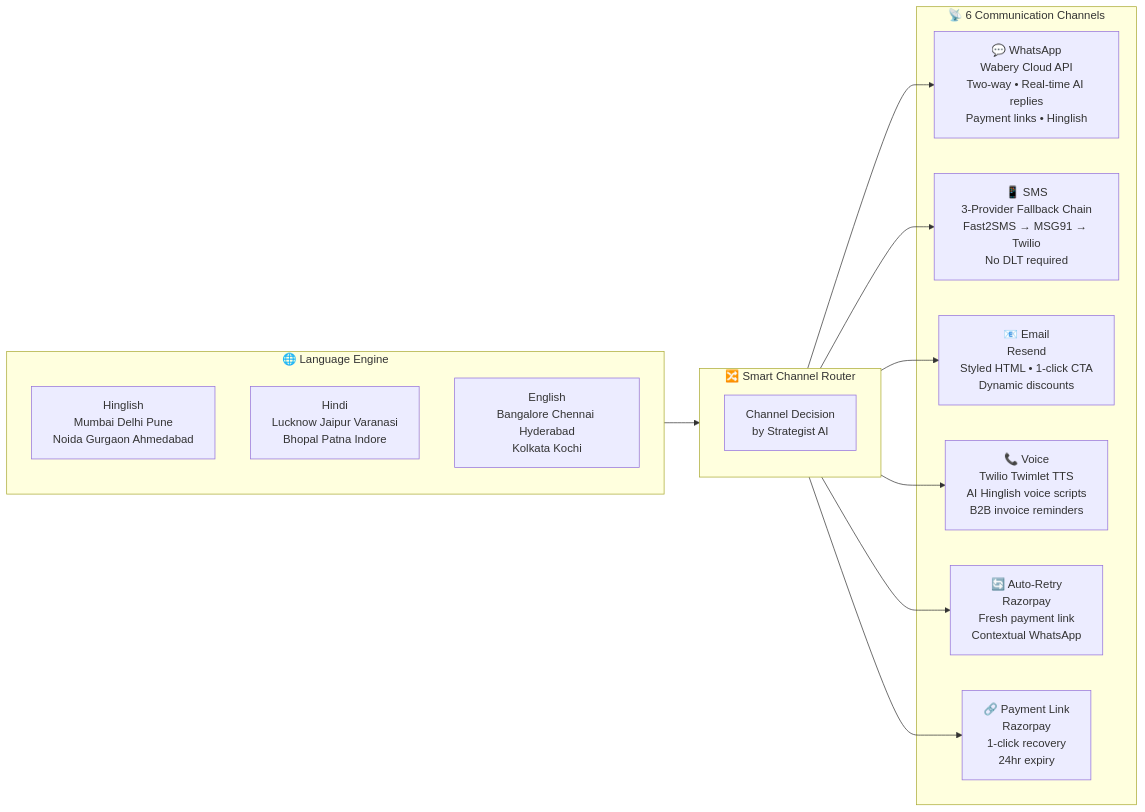
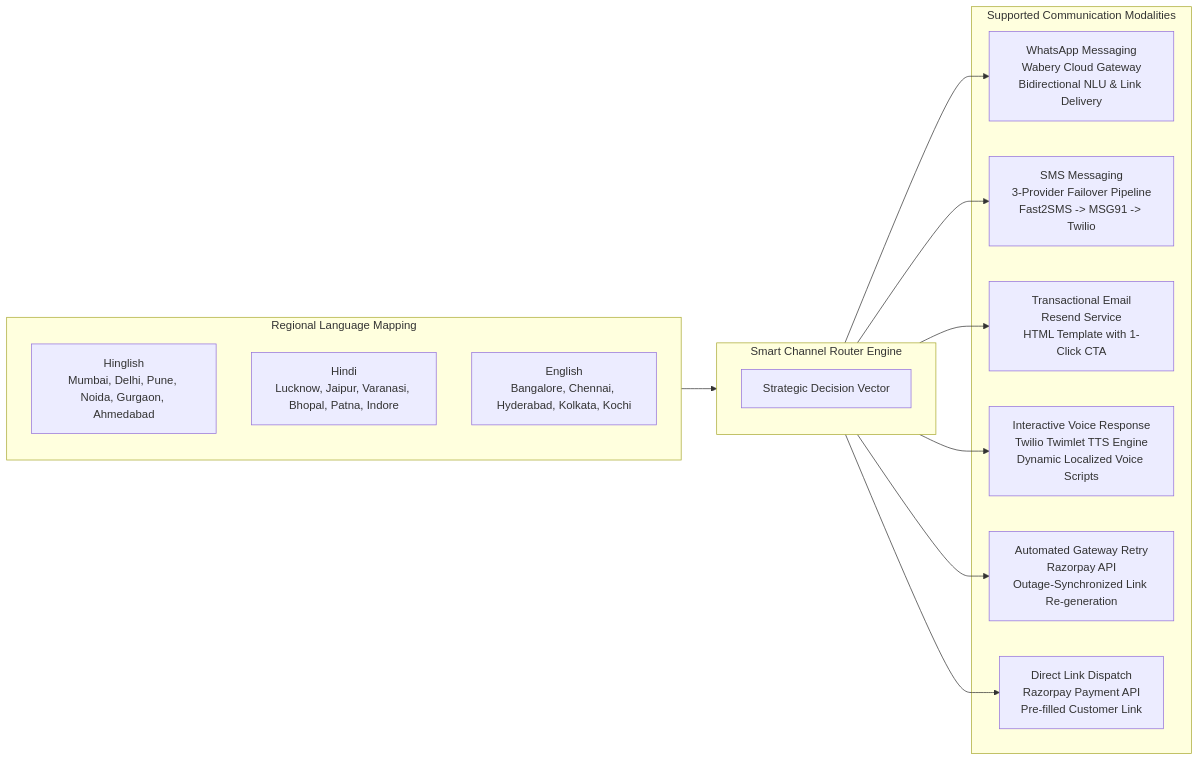
One commit to Gagan202005/recover-ai changed the ninth of 10 diagrams in README.md. Above: the diagram before and after it, drawn with Mermaid. The commit also changed other lines of this file, not shown here.

````diff
--- a/README.md
+++ b/README.md
@@ -598,31 +564,31 @@
 ```mermaid
 flowchart LR
-    subgraph Router["🔀 Smart Channel Router"]
+    subgraph Router["Smart Channel Router Engine"]
         direction TB
-        R[Channel Decision<br/>by Strategist AI]
+        R[Strategic Decision Vector]
     end
 
-    subgraph Channels["📡 6 Communication Channels"]
-        WA["💬 WhatsApp<br/>Wabery Cloud API<br/>Two-way • Real-time AI replies<br/>Payment links • Hinglish"]
-        SMS["📱 SMS<br/>3-Provider Fallback Chain<br/>Fast2SMS → MSG91 → Twilio<br/>No DLT required"]
-        EMAIL["📧 Email<br/>Resend<br/>Styled HTML • 1-click CTA<br/>Dynamic discounts"]
-        VOICE["📞 Voice<br/>Twilio Twimlet TTS<br/>AI Hinglish voice scripts<br/>B2B invoice reminders"]
-        RETRY["🔄 Auto-Retry<br/>Razorpay<br/>Fresh payment link<br/>Contextual WhatsApp"]
-        LINK["🔗 Payment Link<br/>Razorpay<br/>1-click recovery<br/>24hr expiry"]
+    subgraph Modalities["Supported Communication Modalities"]
+        WA["WhatsApp Messaging<br/>Wabery Cloud Gateway<br/>Bidirectional NLU & Link Delivery"]
+        SMS["SMS Messaging<br/>3-Provider Failover Pipeline<br/>Fast2SMS -> MSG91 -> Twilio"]
+        EMAIL["Transactional Email<br/>Resend Service<br/>HTML Template with 1-Click CTA"]
+        VOICE["Interactive Voice Response<br/>Twilio Twimlet TTS Engine<br/>Dynamic Localized Voice Scripts"]
+        RETRY["Automated Gateway Retry<br/>Razorpay API<br/>Outage-Synchronized Link Re-generation"]
+        LINK["Direct Link Dispatch<br/>Razorpay Payment API<br/>Pre-filled Customer Link"]
     end
 
-    subgraph Lang["🌐 Language Engine"]
-        H[Hinglish<br/>Mumbai Delhi Pune<br/>Noida Gurgaon Ahmedabad]
-        HI[Hindi<br/>Lucknow Jaipur Varanasi<br/>Bhopal Patna Indore]
-        EN[English<br/>Bangalore Chennai Hyderabad<br/>Kolkata Kochi]
+    subgraph GeoLocalization["Regional Language Mapping"]
+        H["Hinglish<br/>Mumbai, Delhi, Pune, Noida, Gurgaon, Ahmedabad"]
+        HI["Hindi<br/>Lucknow, Jaipur, Varanasi, Bhopal, Patna, Indore"]
+        EN["English<br/>Bangalore, Chennai, Hyderabad, Kolkata, Kochi"]
     end
 
     R --> WA
     R --> SMS
     R --> EMAIL
     R --> VOICE
     R --> RETRY
     R --> LINK
 
-    Lang --> Router
+    GeoLocalization --> Router
 ```
````
